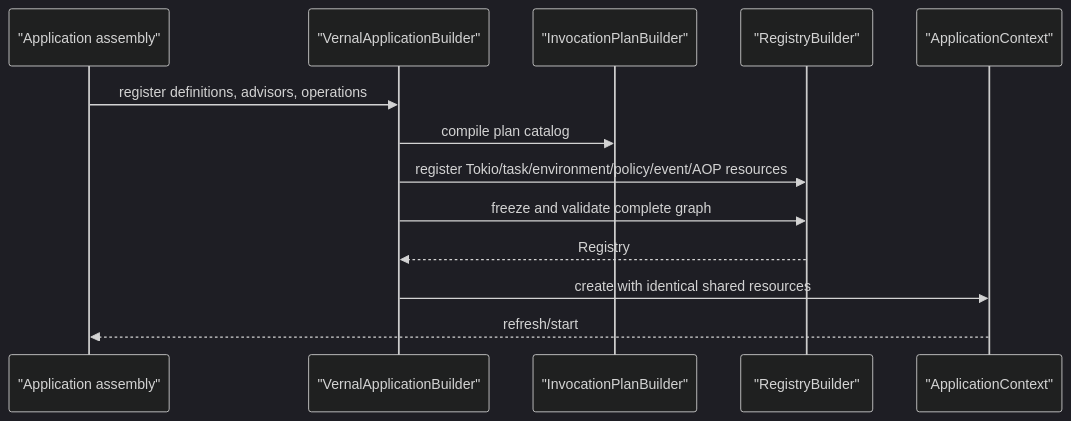
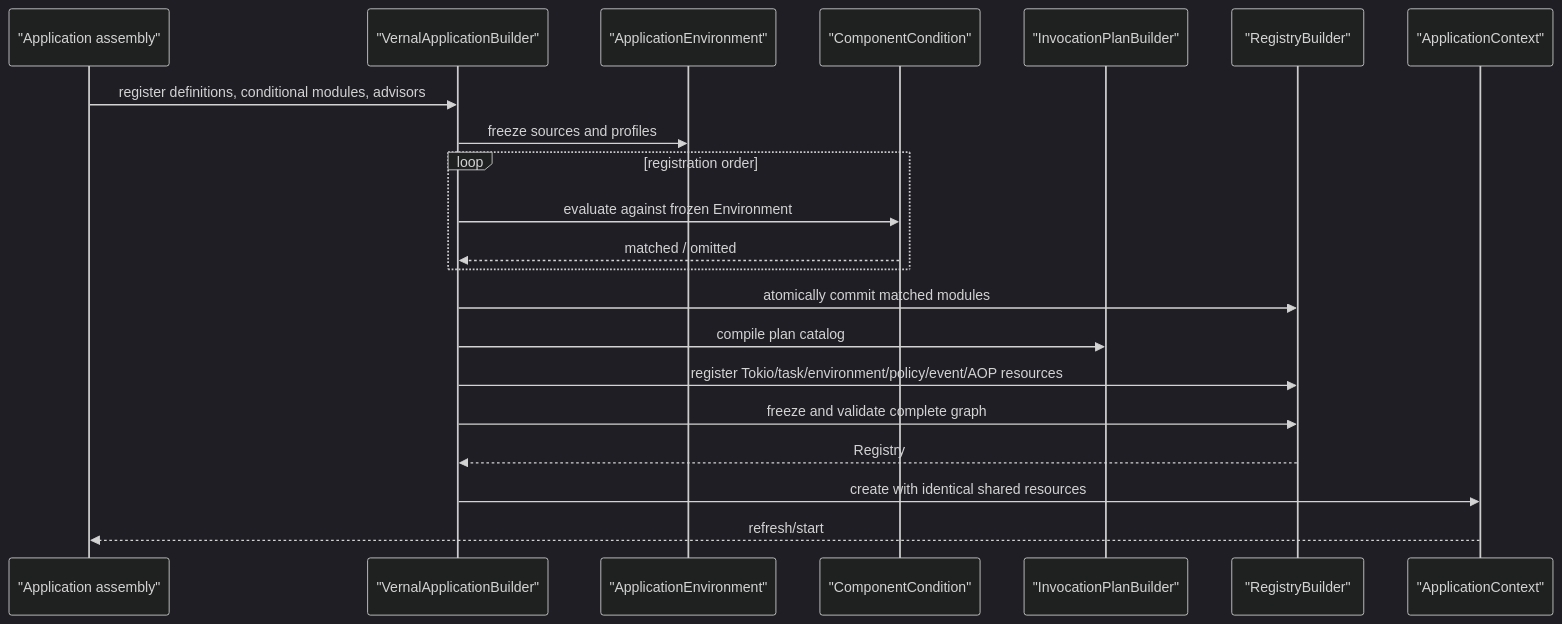
One commit to easy-4-rust/vernal changed diagram 11 of 19 in docs/Vernal-Architecture.md. Above: the diagram before and after it, drawn with Mermaid (dark theme). The commit also changed other lines of this file and 18 other files, not shown here.

Commit message:
feat(context): add conditional component assembly

````diff
--- a/docs/Vernal-Architecture.md
+++ b/docs/Vernal-Architecture.md
@@ -660,16 +711,24 @@
 ```mermaid
 sequenceDiagram
     participant App as "Application assembly"
     participant Builder as "VernalApplicationBuilder"
+    participant Environment as "ApplicationEnvironment"
+    participant Condition as "ComponentCondition"
     participant AOP as "InvocationPlanBuilder"
     participant Graph as "RegistryBuilder"
     participant Context as "ApplicationContext"
 
-    App->>Builder: register definitions, advisors, operations
+    App->>Builder: register definitions, conditional modules, advisors
+    Builder->>Environment: freeze sources and profiles
+    loop registration order
+        Builder->>Condition: evaluate against frozen Environment
+        Condition-->>Builder: matched / omitted
+    end
+    Builder->>Graph: atomically commit matched modules
     Builder->>AOP: compile plan catalog
     Builder->>Graph: register Tokio/task/environment/policy/event/AOP resources
     Builder->>Graph: freeze and validate complete graph
     Graph-->>Builder: Registry
     Builder->>Context: create with identical shared resources
     Context-->>App: refresh/start
 ```
````
